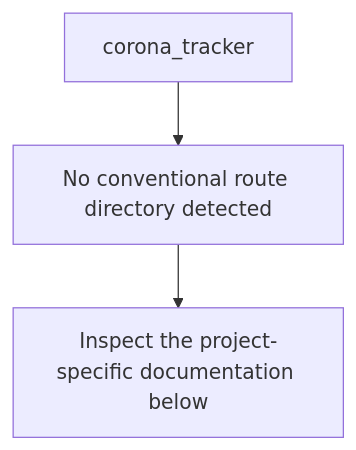
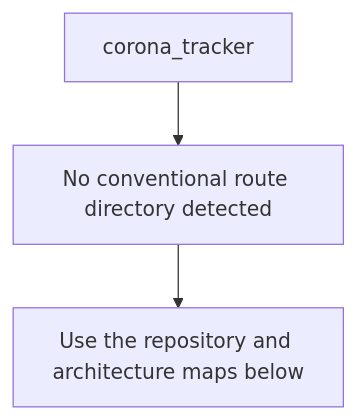
One commit to Nischhalsubba/corona_tracker changed the second of 5 diagrams in README.md. Above: the diagram before and after it, drawn with Mermaid. The commit also changed other lines of this file, not shown here.

````diff
--- a/README.md
+++ b/README.md
@@ -32,6 +63,6 @@
 ```mermaid
 flowchart TD
     APP["corona_tracker"]
     APP --> SOURCE["No conventional route directory detected"]
-    SOURCE --> VERIFY["Inspect the project-specific documentation below"]
+    SOURCE --> GUIDE["Use the repository and architecture maps below"]
 ```
````
